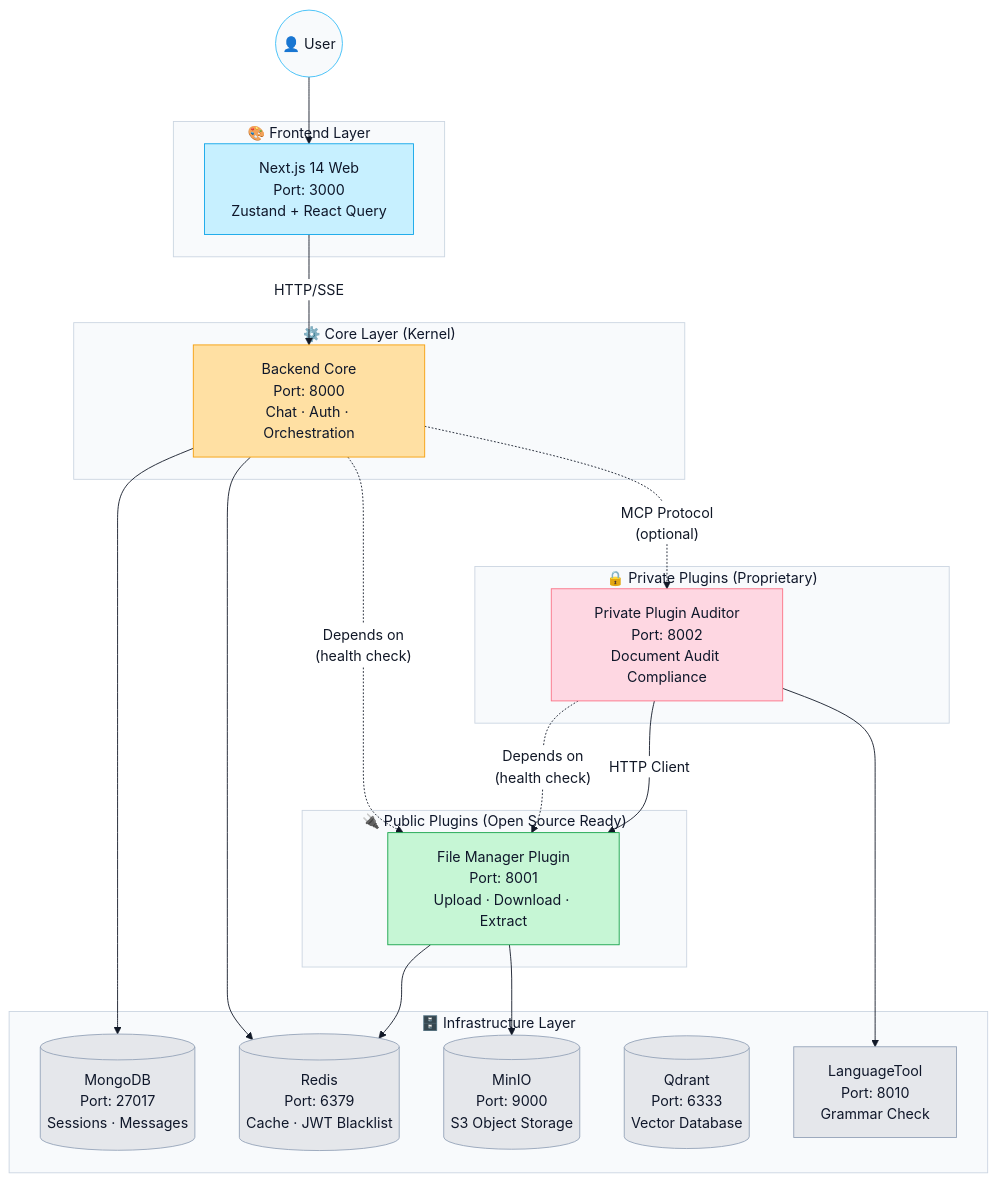
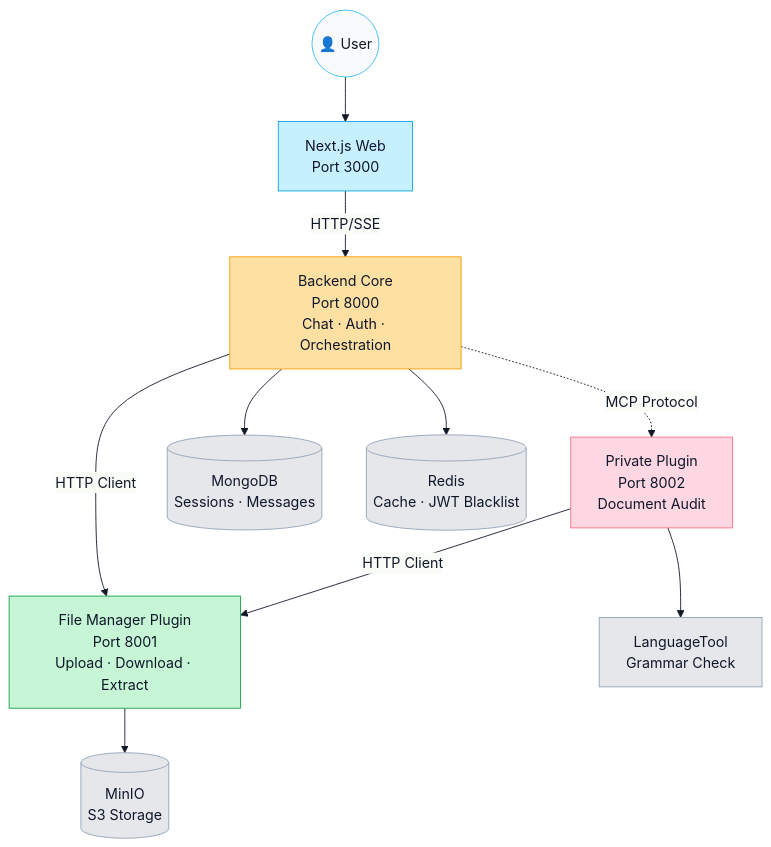
The diagram in README.md (saptiva-ai/octavios-chat), drawn with Mermaid before and after one commit. The commit also changed other lines of this file, not shown here.

````diff
--- a/README.md
+++ b/README.md
@@ -88,60 +61,29 @@
 ```mermaid
-%%{init: {'theme': 'base', 'themeVariables': {'primaryColor': '#f8fafc','primaryBorderColor': '#38bdf8','primaryTextColor': '#111827','lineColor': '#111827','textColor': '#111827','secondaryColor': '#ffffff','secondaryBorderColor': '#cbd5e1','secondaryTextColor': '#0f172a','tertiaryColor': '#f8fafc','tertiaryBorderColor': '#cbd5e1','tertiaryTextColor': '#0f172a'}}}%%
+%%{init: {'theme': 'base', 'themeVariables': {'primaryColor': '#f8fafc','primaryBorderColor': '#38bdf8','primaryTextColor': '#111827','lineColor': '#111827','textColor': '#111827'}}}%%
 flowchart TB
-    subgraph Frontend["🎨 Frontend Layer"]
-        web["Next.js 14 Web<br/>Port: 3000<br/>Zustand + React Query"]:::frontend
-    end
+    user((👤 User)) --> web[Next.js Web<br/>Port 3000]
 
-    subgraph Core["⚙️ Core Layer (Kernel)"]
-        backend["Backend Core<br/>Port: 8000<br/>Chat · Auth · Orchestration"]:::core
-    end
+    web -->|HTTP/SSE| backend[Backend Core<br/>Port 8000<br/>Chat · Auth · Orchestration]
 
-    subgraph PublicPlugins["🔌 Public Plugins (Open Source Ready)"]
-        filemanager["File Manager Plugin<br/>Port: 8001<br/>Upload · Download · Extract"]:::plugin_public
-    end
+    backend -->|HTTP Client| filemanager[File Manager Plugin<br/>Port 8001<br/>Upload · Download · Extract]
+    backend -.->|MCP Protocol| private[Private Plugin<br/>Port 8002<br/>Document Audit]
 
-    subgraph PrivatePlugins["🔒 Private Plugins (Proprietary)"]
-        private_plugin["Private Plugin Auditor<br/>Port: 8002<br/>Document Audit Compliance"]:::plugin_private
-    end
+    private -->|HTTP Client| filemanager
 
-    subgraph Infrastructure["🗄️ Infrastructure Layer"]
-        mongo[("MongoDB<br/>Port: 27017<br/>Sessions · Messages")]:::infra
-        redis[("Redis<br/>Port: 6379<br/>Cache · JWT Blacklist")]:::infra
-        minio[("MinIO<br/>Port: 9000<br/>S3 Object Storage")]:::infra
-        qdrant[("Qdrant<br/>Port: 6333<br/>Vector Database")]:::infra
-        languagetool["LanguageTool<br/>Port: 8010<br/>Grammar Check"]:::infra
-    end
-
-    %% User to Frontend
-    user((👤 User)) --> web
-
-    %% Frontend to Core
-    web -->|"HTTP/SSE"| backend
-
-    %% Core depends on Public Plugins
-    backend -.->|"Depends on<br/>(health check)"| filemanager
-
-    %% Private Plugins depend on Public Plugins
-    private_plugin -.->|"Depends on<br/>(health check)"| filemanager
-
-    %% Backend to Infrastructure
-    backend --> mongo
-    backend --> redis
-
-    %% File Manager to Infrastructure
-    filemanager --> minio
-    filemanager --> redis
-
-    %% Private Plugin to Infrastructure
-    private_plugin --> languagetool
-    private_plugin -->|"HTTP Client"| filemanager
-
-    %% Core to Private Plugins (optional MCP integration)
-    backend -.->|"MCP Protocol<br/>(optional)"| private_plugin
+    backend --> mongo[(MongoDB<br/>Sessions · Messages)]
+    backend --> redis[(Redis<br/>Cache · JWT Blacklist)]
+    filemanager --> minio[(MinIO<br/>S3 Storage)]
+    private --> languagetool[LanguageTool<br/>Grammar Check]
 
     classDef frontend fill:#c7f0ff,stroke:#0ea5e9,color:#0f172a
     classDef core fill:#ffe0a3,stroke:#f59e0b,color:#0f172a
-    classDef plugin_public fill:#c6f6d5,stroke:#16a34a,color:#0f172a
+    classDef plugin fill:#c6f6d5,stroke:#16a34a,color:#0f172a
     classDef plugin_private fill:#fed7e2,stroke:#fb7185,color:#0f172a
     classDef infra fill:#e5e7eb,stroke:#94a3b8,color:#0f172a
+
+    class web frontend
+    class backend core
+    class filemanager plugin
+    class private plugin_private
+    class mongo,redis,minio,languagetool infra
 ```
````
